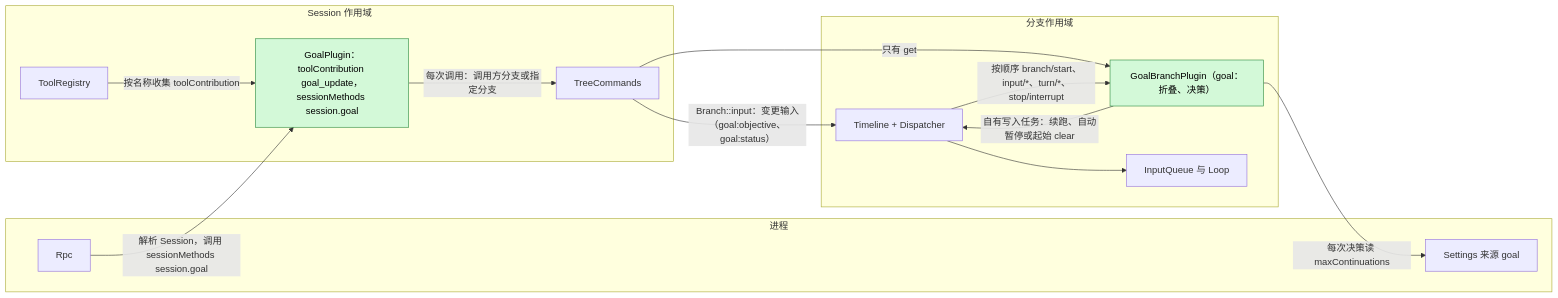
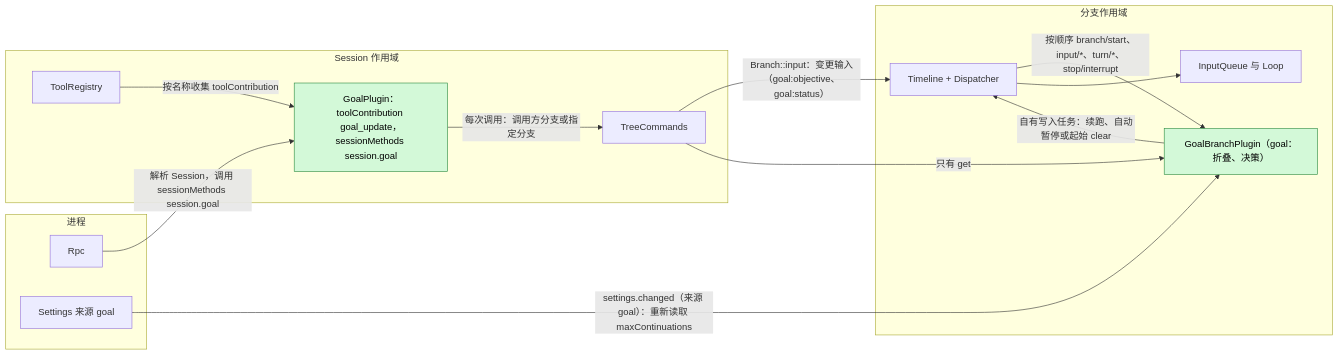
One commit to CoutinhoTTS/dim-agent changed the first of 7 diagrams in docs/zh/design/plugins/Goal.md. Above: the diagram before and after it, drawn with Mermaid. The commit also changed other lines of this file and 3 other files, not shown here.

First line of the commit message:
docs(goal): align Goal design with F1 compaction, S8a settings events and C1/C2

````diff
--- a/docs/zh/design/plugins/Goal.md
+++ b/docs/zh/design/plugins/Goal.md
@@ -11,27 +11,27 @@
 ```mermaid
 flowchart LR
   subgraph PROC["进程"]
     Rpc["Rpc"]
     Settings["Settings 来源 goal"]
   end
   subgraph SESS["Session 作用域"]
     GS["GoalPlugin：toolContribution goal_update，sessionMethods session.goal"]:::new
     TR["ToolRegistry"]
     TC["TreeCommands"]
   end
   subgraph BR["分支作用域"]
     GB["GoalBranchPlugin（goal：折叠、决策）"]:::new
     TL["Timeline + Dispatcher"]
     IQ["InputQueue 与 Loop"]
   end
   TR -- "按名称收集 toolContribution" --> GS
   Rpc -- "解析 Session，调用 sessionMethods session.goal" --> GS
   GS -- "每次调用：调用方分支或指定分支" --> TC
   TC -- "Branch::input：变更输入（goal:objective、goal:status）" --> TL
   TC -- "只有 get" --> GB
   TL -- "按顺序 branch/start、input/*、turn/*、stop/interrupt" --> GB
   GB -- "自有写入任务：续跑、自动暂停或起始 clear" --> TL
-  GB -- "每次决策读 maxContinuations" --> Settings
+  Settings -- "settings.changed（来源 goal）：重新读取 maxContinuations" --> GB
   TL --> IQ
   classDef new fill:#d3f9d8,stroke:#2b8a3e,color:#000
 ```
````
